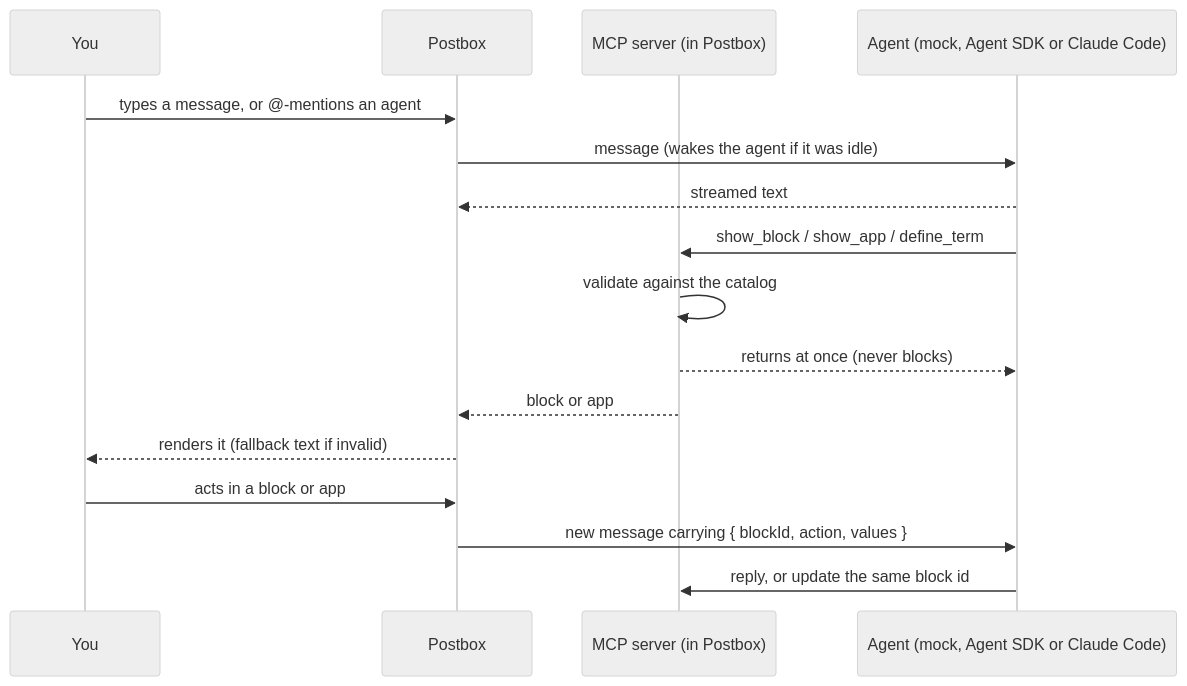
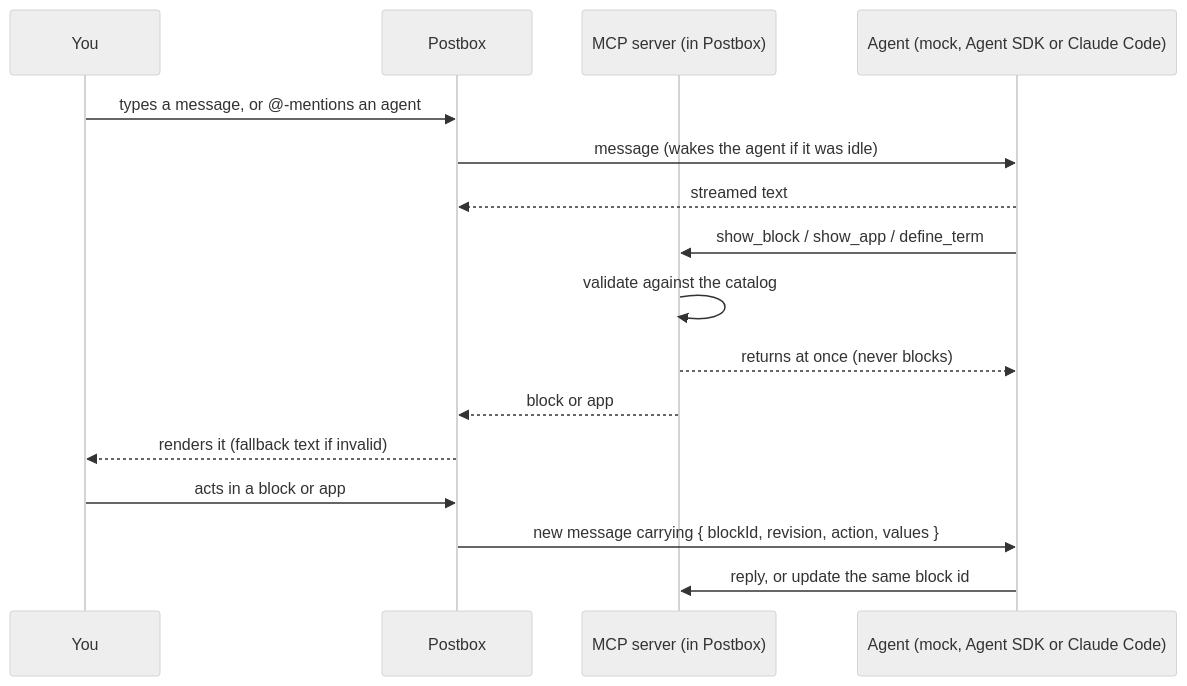
One commit to HJeon139/postbox changed the second of 2 diagrams in designs/intent.md. Above: the diagram before and after it, drawn with Mermaid (neutral theme). The commit also changed other lines of this file and 17 other files, not shown here.

````diff
--- a/designs/intent.md
+++ b/designs/intent.md
@@ -62,18 +62,18 @@
 ```mermaid
 sequenceDiagram
   participant U as You
   participant A as Postbox
   participant M as MCP server (in Postbox)
   participant G as Agent (mock, Agent SDK or Claude Code)
   U->>A: types a message, or @-mentions an agent
   A->>G: message (wakes the agent if it was idle)
   G-->>A: streamed text
   G->>M: show_block / show_app / define_term
   M->>M: validate against the catalog
   M-->>G: returns at once (never blocks)
   M-->>A: block or app
   A-->>U: renders it (fallback text if invalid)
   U->>A: acts in a block or app
-  A->>G: new message carrying { blockId, action, values }
+  A->>G: new message carrying { blockId, revision, action, values }
   G->>M: reply, or update the same block id
 ```
````
